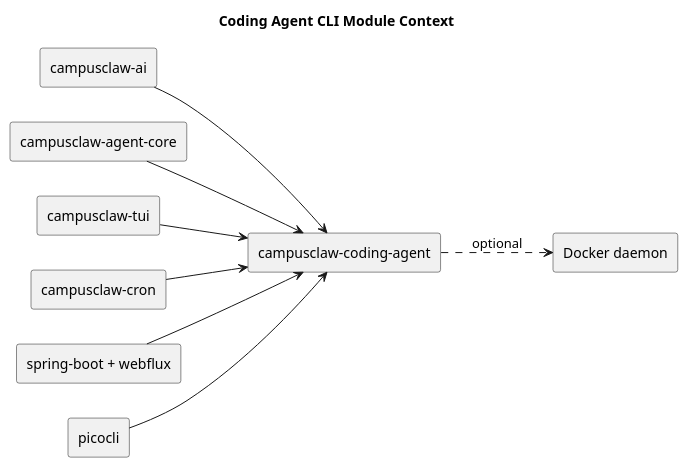
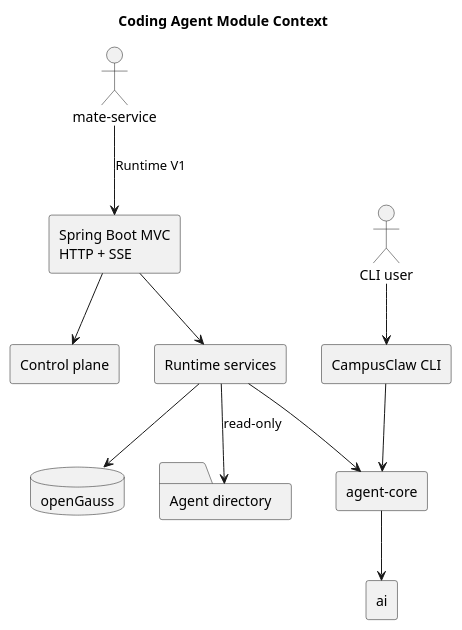
Before and after one commit to 2862282695gjh-afk/pi-mono-java: the first of 3 diagrams in docs/designs/coding-agent-cli/diagram.puml, drawn with PlantUML. The commit also changed other lines of this file and 24 other files, not shown here.

Commit message:
docs(runtime): align HTTP v1 design with implementation

```diff
--- a/docs/designs/coding-agent-cli/diagram.puml
+++ b/docs/designs/coding-agent-cli/diagram.puml
@@ -1,26 +1,30 @@
 @startuml module-context
-title Coding Agent CLI Module Context
-left to right direction
+title Coding Agent Module Context
 skinparam componentStyle rectangle
 
-' Source evidence: modules/coding-agent-cli/pom.xml; CampusClawApplication; CampusClawCommand.
-' Analyzed source commit: cc2f58d9e24bae1d7c99b9f54e86b71940d86115.
-' Observed behavior: coding-agent-cli assembles four internal libraries and external runtime services.
+' Source evidence: implementation commit 8691e8800f05f28afe22499050c29220ef5b7475.
+' Source: modules/coding-agent-cli/src/main/java/com/campusclaw/codingagent/CampusClawApplication.java, CampusClawApplication#main.
+' Source: modules/coding-agent-cli/src/main/java/com/campusclaw/codingagent/runtimeapi/web/RuntimeEventController.java.
+' Observed behavior: the default process is a Spring MVC HTTP service; CLI is an explicit subcommand.
 
-component "campusclaw-ai" as ai
-component "campusclaw-agent-core" as core
-component "campusclaw-tui" as tui
-component "campusclaw-cron" as cron
-component "campusclaw-coding-agent" as cli
-component "spring-boot + webflux" as spring
-component "picocli" as picocli
-component "Docker daemon" as docker
+actor "mate-service" as Mate
+actor "CLI user" as CliUser
+component "Spring Boot MVC\nHTTP + SSE" as Http
+component "CampusClaw CLI" as Cli
+component "Runtime services" as Runtime
+component "Control plane" as Control
+component "agent-core" as AgentCore
+component "ai" as Ai
+database "openGauss" as Db
+folder "Agent directory" as AgentDir
 
-ai --> cli
-core --> cli
-tui --> cli
-cron --> cli
-spring --> cli
-picocli --> cli
-cli ..> docker : optional
+Mate --> Http : Runtime V1
+Http --> Runtime
+Http --> Control
+Runtime --> AgentCore
+Runtime --> Db
+Runtime --> AgentDir : read-only
+AgentCore --> Ai
+CliUser --> Cli
+Cli --> AgentCore
 @enduml
```
